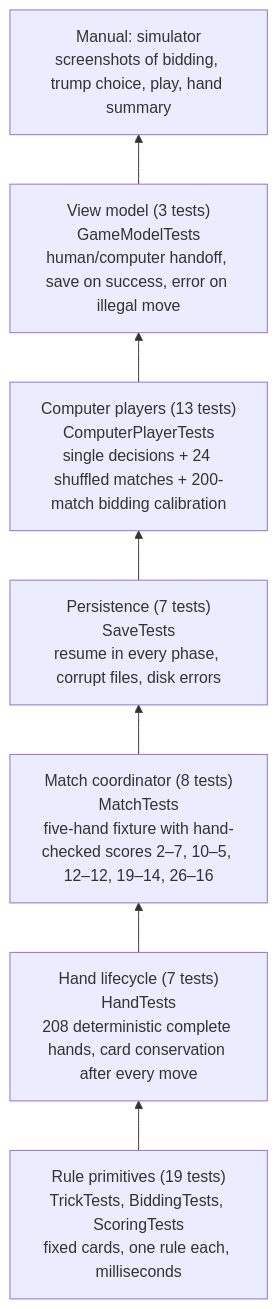
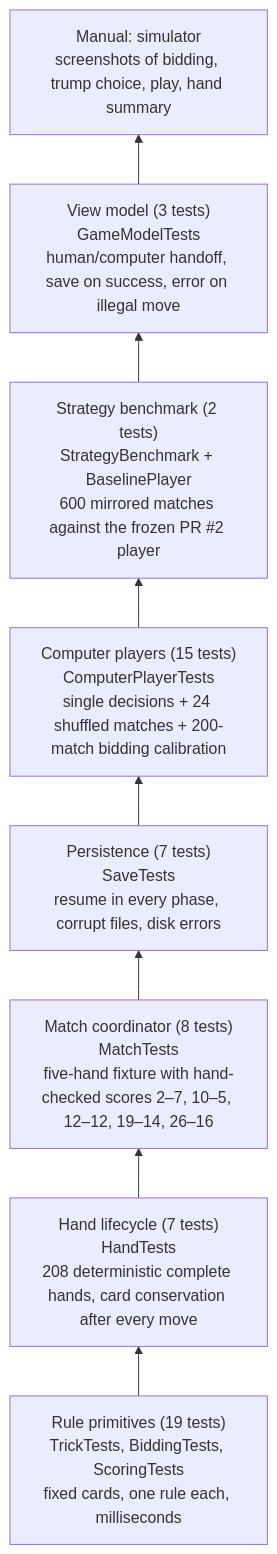
One commit to cmurphy1140/catch-5 changed the first of 2 diagrams in docs/testing.md. Above: the diagram before and after it, drawn with Mermaid. The commit also changed other lines of this file and 6 other files, not shown here.

Commit message:
docs(catch-five): explain trick-memory play and the strategy benchmark

````diff
--- a/docs/testing.md
+++ b/docs/testing.md
@@ -40,11 +40,12 @@
 ```mermaid
 flowchart BT
     L1["Rule primitives (19 tests)<br/>TrickTests, BiddingTests, ScoringTests<br/>fixed cards, one rule each, milliseconds"]
     L2["Hand lifecycle (7 tests)<br/>HandTests<br/>208 deterministic complete hands, card conservation after every move"]
     L3["Match coordinator (8 tests)<br/>MatchTests<br/>five-hand fixture with hand-checked scores 2–7, 10–5, 12–12, 19–14, 26–16"]
     L4["Persistence (7 tests)<br/>SaveTests<br/>resume in every phase, corrupt files, disk errors"]
-    L5["Computer players (13 tests)<br/>ComputerPlayerTests<br/>single decisions + 24 shuffled matches + 200-match bidding calibration"]
+    L5["Computer players (15 tests)<br/>ComputerPlayerTests<br/>single decisions + 24 shuffled matches + 200-match bidding calibration"]
+    L5b["Strategy benchmark (2 tests)<br/>StrategyBenchmark + BaselinePlayer<br/>600 mirrored matches against the frozen PR #2 player"]
     L6["View model (3 tests)<br/>GameModelTests<br/>human/computer handoff, save on success, error on illegal move"]
     L7["Manual: simulator<br/>screenshots of bidding, trump choice, play, hand summary"]
-    L1 --> L2 --> L3 --> L4 --> L5 --> L6 --> L7
+    L1 --> L2 --> L3 --> L4 --> L5 --> L5b --> L6 --> L7
 ```
````
